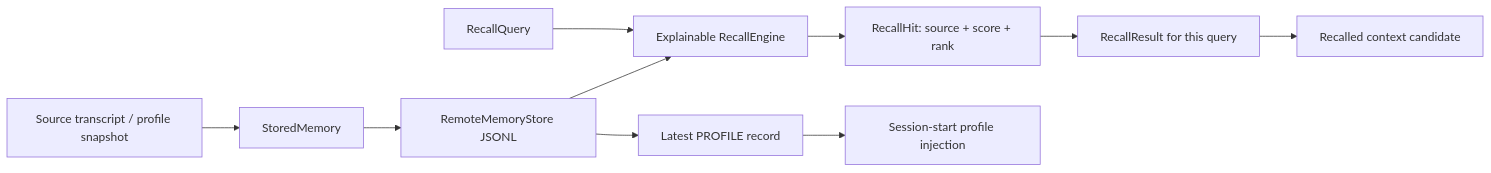
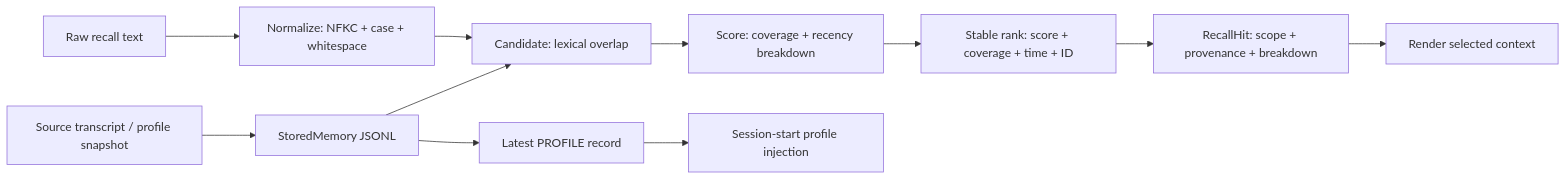
Before and after one commit to Zenquan/learn-workbuddy: the diagram in s12_cloud_memory/README.md, drawn with Mermaid. The commit also changed other lines of this file and 3 other files, not shown here.

Commit message:
refactor(s12): teach recall as query score rank render

````diff
--- a/s12_cloud_memory/README.md
+++ b/s12_cloud_memory/README.md
@@ -32,12 +36,13 @@
 ```mermaid
 flowchart LR
-    S["Source transcript / profile snapshot"] --> M["StoredMemory"]
-    M --> DB["RemoteMemoryStore JSONL"]
-    Q["RecallQuery"] --> R["Explainable RecallEngine"]
-    DB --> R
-    R --> H["RecallHit: source + score + rank"]
-    H --> V["RecallResult for this query"]
-    V --> C["Recalled context candidate"]
+    S["Source transcript / profile snapshot"] --> DB["StoredMemory JSONL"]
+    Q["Raw recall text"] --> N["Normalize: NFKC + case + whitespace"]
+    N --> C["Candidate: lexical overlap"]
+    DB --> C
+    C --> E["Score: coverage + recency breakdown"]
+    E --> R["Stable rank: score + coverage + time + ID"]
+    R --> H["RecallHit: scope + provenance + breakdown"]
+    H --> V["Render selected context"]
     P["Latest PROFILE record"] --> I["Session-start profile injection"]
     DB --> P
 ```
````
